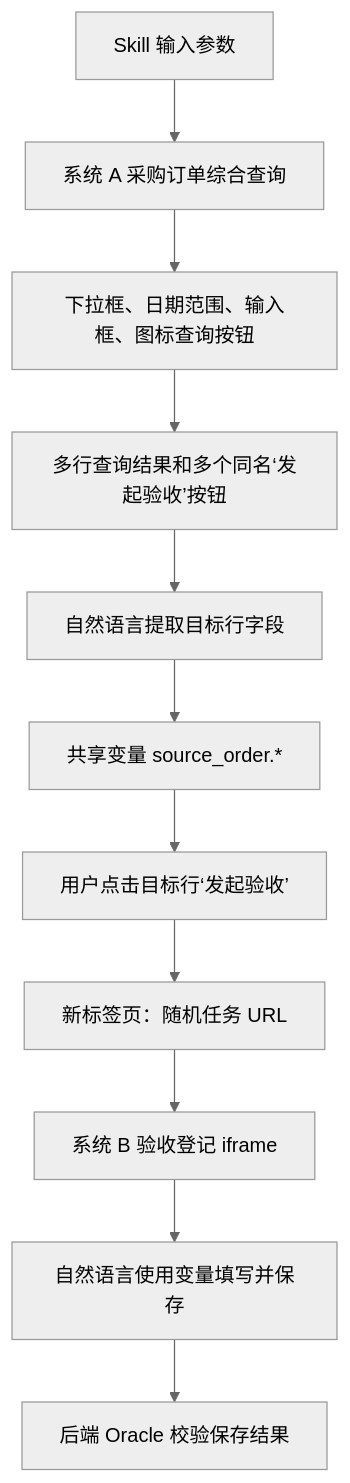
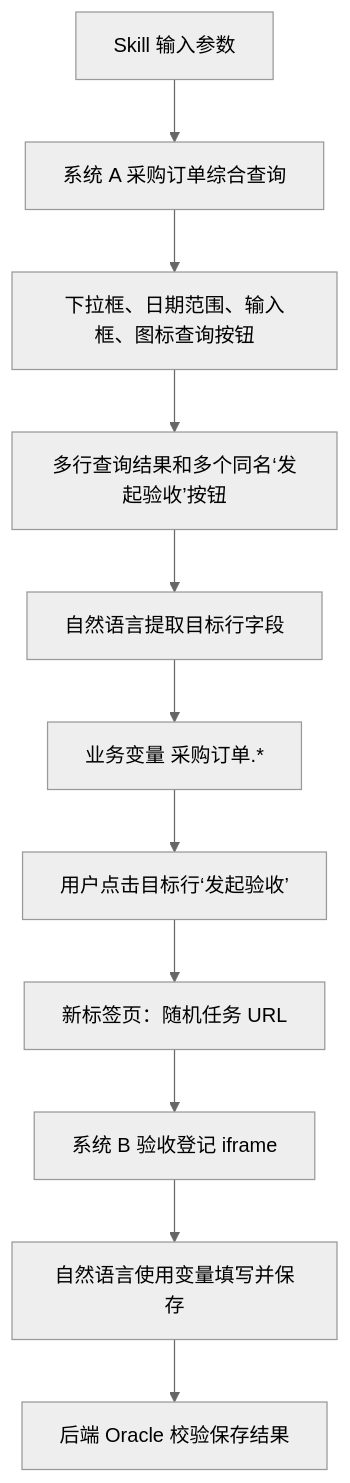
One commit to TangHui-Best/ScienceClaw changed the diagram in docs/superpowers/specs/2026-07-17-RPA-Agent首个阶段一E2E验收场景设计基线.md. Above: the diagram before and after it, drawn with Mermaid (neutral theme). The commit also changed other lines of this file and 146 other files, not shown here.

````diff
--- a/docs/superpowers/specs/2026-07-17-RPA-Agent首个阶段一E2E验收场景设计基线.md
+++ b/docs/superpowers/specs/2026-07-17-RPA-Agent首个阶段一E2E验收场景设计基线.md
@@ -60,13 +60,13 @@
 ```mermaid
 flowchart TD
     P["Skill 输入参数"] --> A["系统 A 采购订单综合查询"]
     A --> F["下拉框、日期范围、输入框、图标查询按钮"]
     F --> T["多行查询结果和多个同名‘发起验收’按钮"]
     T --> X["自然语言提取目标行字段"]
-    X --> V["共享变量 source_order.*"]
+    X --> V["业务变量 采购订单.*"]
     V --> C["用户点击目标行‘发起验收’"]
     C --> N["新标签页：随机任务 URL"]
     N --> I["系统 B 验收登记 iframe"]
     I --> B["自然语言使用变量填写并保存"]
     B --> O["后端 Oracle 校验保存结果"]
 ```
````
